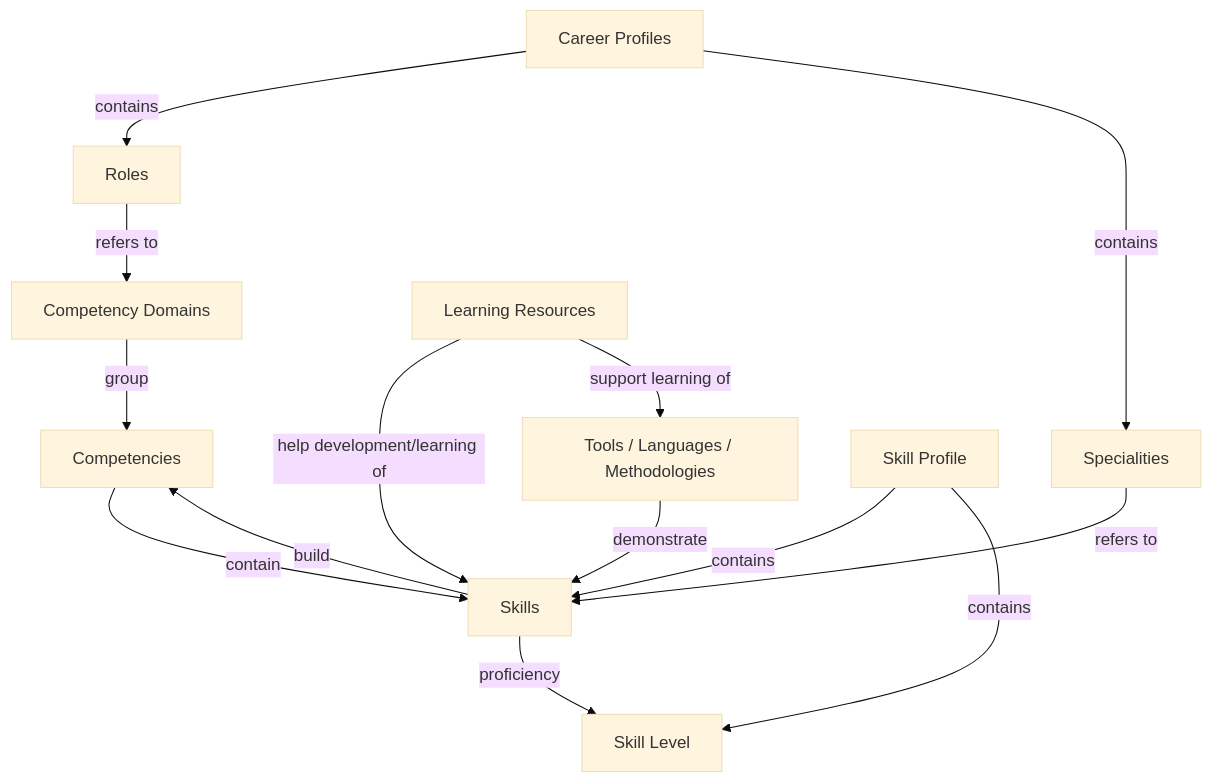
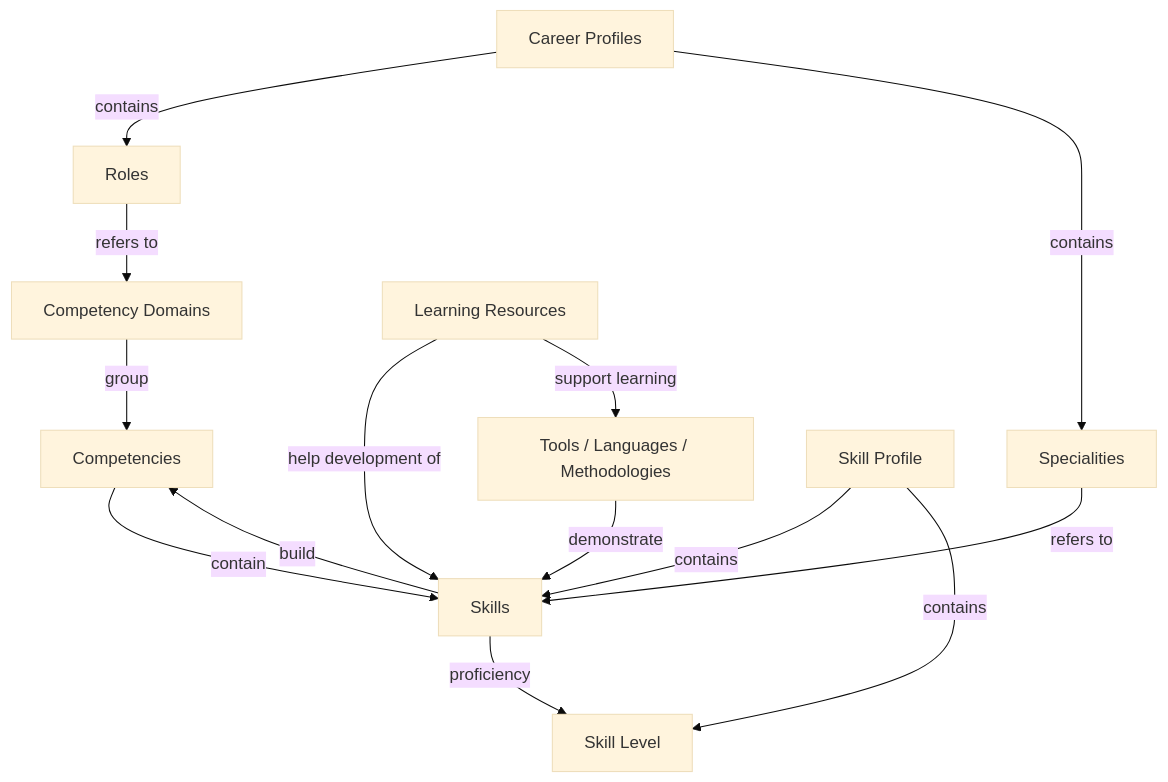
The diagram in framework/framework-diagram.md (direct-framework/digital-research-competencies-framework), drawn with Mermaid (base theme) before and after one commit.

````diff
--- a/framework/framework-diagram.md
+++ b/framework/framework-diagram.md
@@ -12,28 +12,28 @@
 ```mermaid
 flowchart TD
 CD[Competency Domains]
 C[Competencies]
 Sk[Skills]
 SL[Skill Level]
 TLM[Tools / Languages / Methodologies]
 LR[Learning Resources]
 R[Roles]
 Spec[Specialities]
 CP[Career Profiles]
 SP[Skill Profile]
 
 
 CD -- group --> C
 C -- contain --> Sk
 Sk -- build --> C
 Sk -- proficiency --> SL
 TLM -- demonstrate --> Sk
-LR -- help development/learning of --> Sk
-LR -- support learning of --> TLM
+LR -- help development of --> Sk
+LR -- support learning --> TLM
 CP -- contains --> R
 CP -- contains --> Spec
 R -- refers to --> CD
 Spec -- refers to --> Sk
 SP -- contains --> Sk
 SP -- contains --> SL
 ```
````
